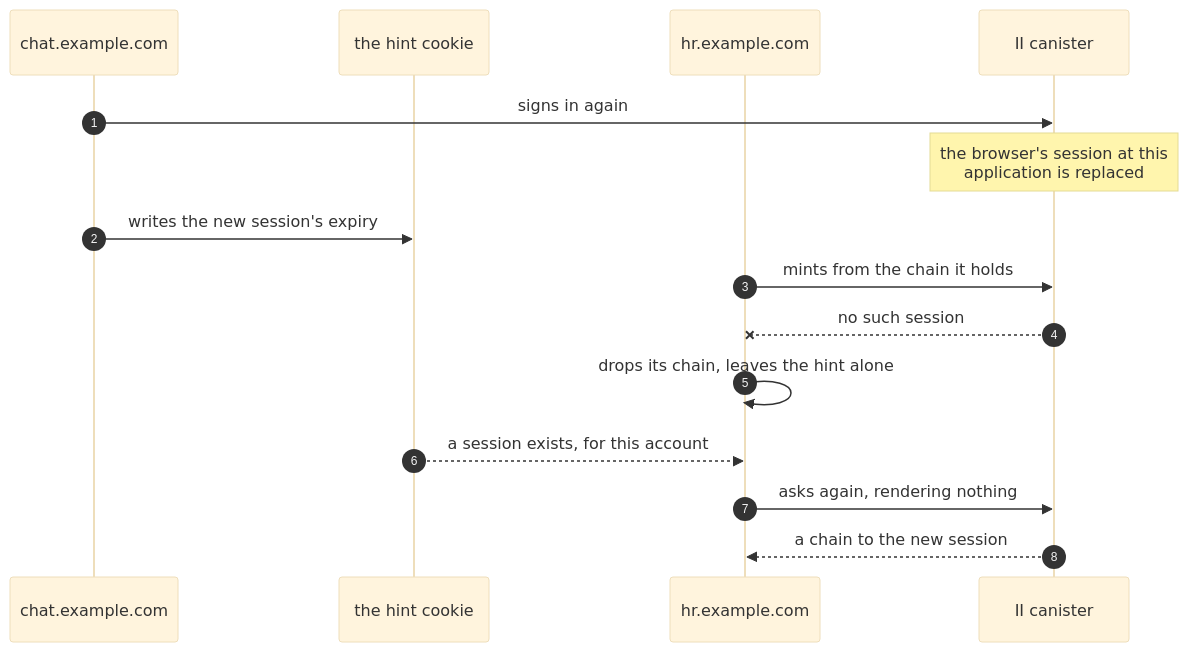
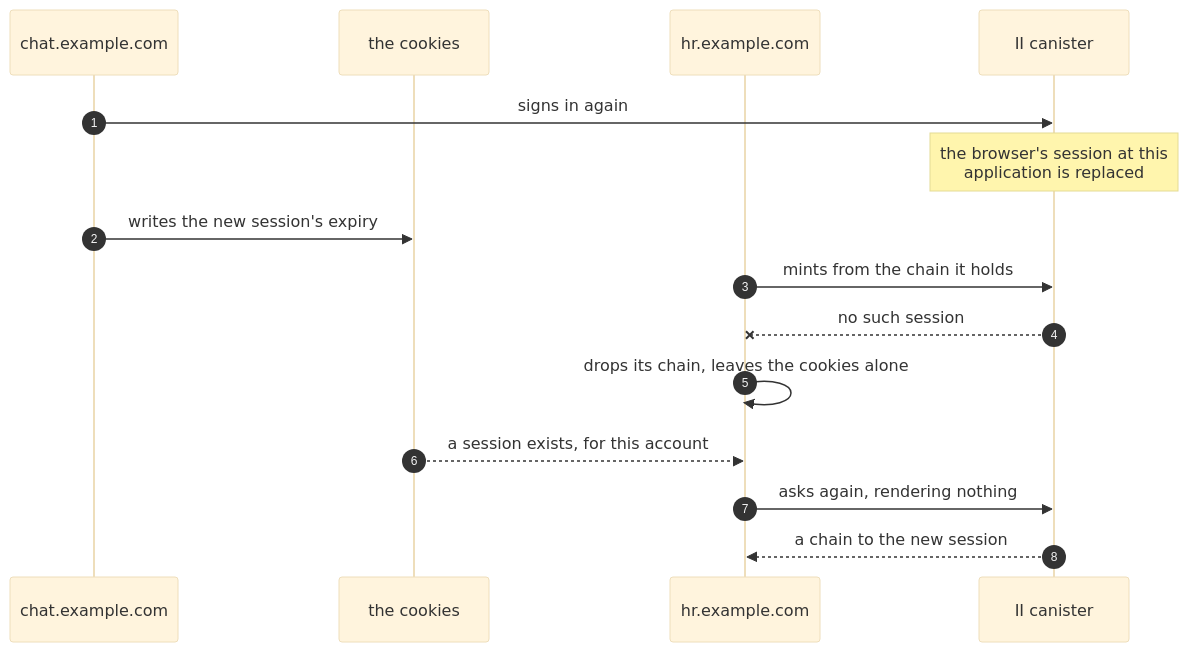
One commit to dfinity/internet-identity changed the fifth of 5 diagrams in docs/ongoing/client-app-sessions.md. Above: the diagram before and after it, drawn with Mermaid (base theme). The commit also changed other lines of this file and 1 other file, not shown here.

First line of the commit message:
docs: supply storage as leaves, and give the lock to the library

````diff
--- a/docs/ongoing/client-app-sessions.md
+++ b/docs/ongoing/client-app-sessions.md
@@ -282,18 +288,18 @@
 ```mermaid
 sequenceDiagram
     autonumber
     participant chat as chat.example.com
-    participant hint as the hint cookie
+    participant hint as the cookies
     participant hr as hr.example.com
     participant IIC as II canister
 
     chat->>IIC: signs in again
     Note over IIC: the browser's session at this<br/>application is replaced
     chat->>hint: writes the new session's expiry
     hr->>IIC: mints from the chain it holds
     IIC--xhr: no such session
-    hr->>hr: drops its chain, leaves the hint alone
+    hr->>hr: drops its chain, leaves the cookies alone
     hint-->>hr: a session exists, for this account
     hr->>IIC: asks again, rendering nothing
     IIC-->>hr: a chain to the new session
 ```
````
